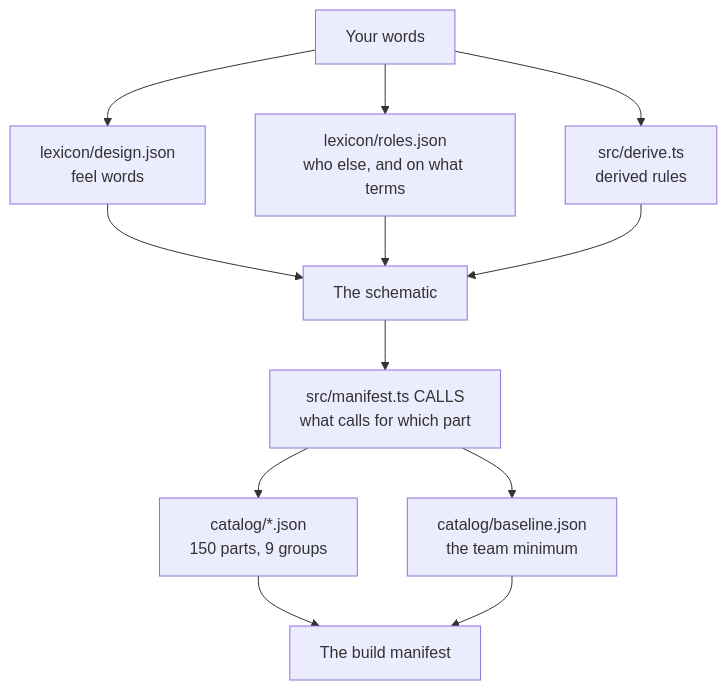
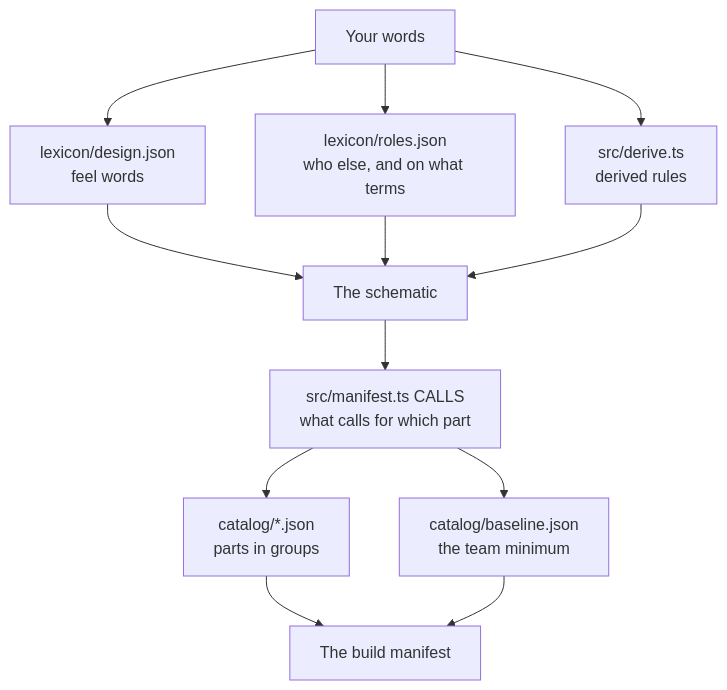
The diagram in intent/docs/extending.md (russlittle/ZTHR), drawn with Mermaid before and after one commit. The commit also changed other lines of this file and 37 other files, not shown here.

````diff
--- a/intent/docs/extending.md
+++ b/intent/docs/extending.md
@@ -6,11 +6,11 @@
 ```mermaid
 flowchart TB
   W[Your words] --> L[lexicon/design.json<br/>feel words]
   W --> RO[lexicon/roles.json<br/>who else, and on what terms]
   W --> DR[src/derive.ts<br/>derived rules]
   L & RO & DR --> D[The schematic]
   D --> MR[src/manifest.ts CALLS<br/>what calls for which part]
-  MR --> CAT[catalog/*.json<br/>150 parts, 9 groups]
+  MR --> CAT[catalog/*.json<br/>parts in groups]
   MR --> BL[catalog/baseline.json<br/>the team minimum]
   CAT & BL --> BOM[The build manifest]
 ```
````
